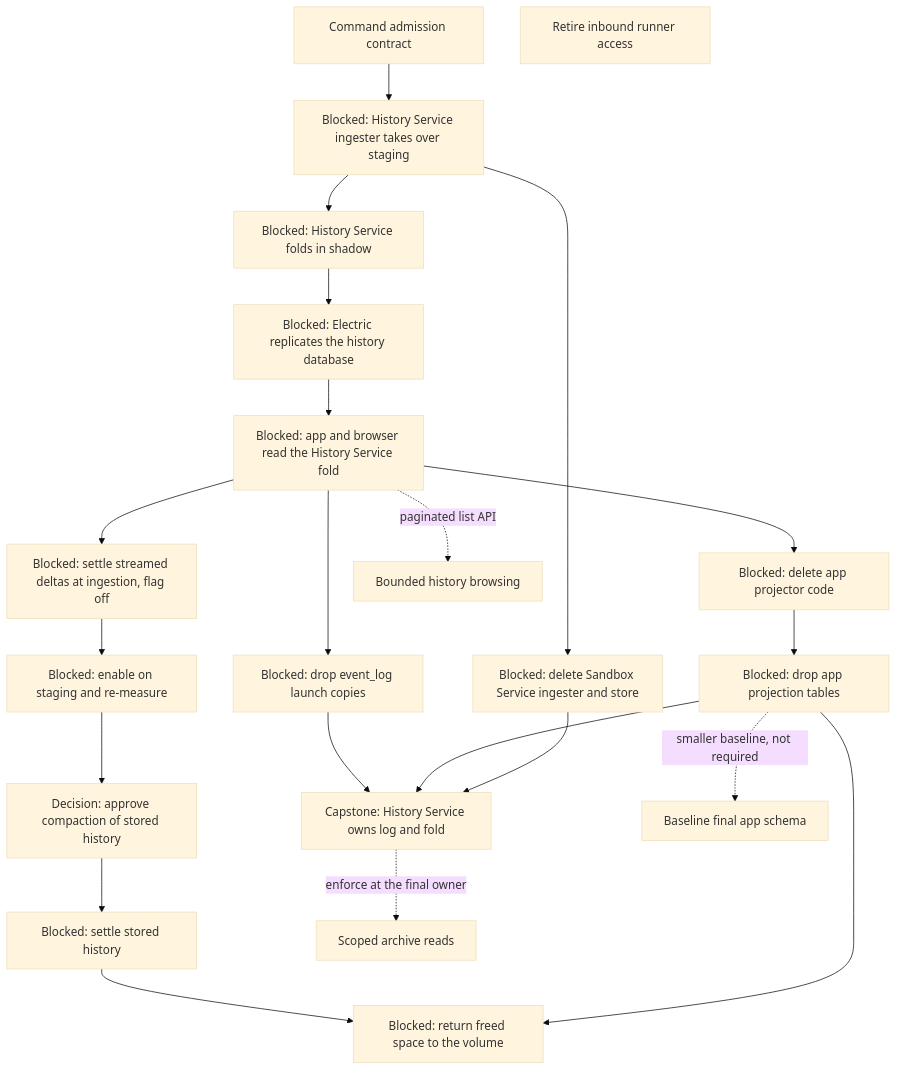
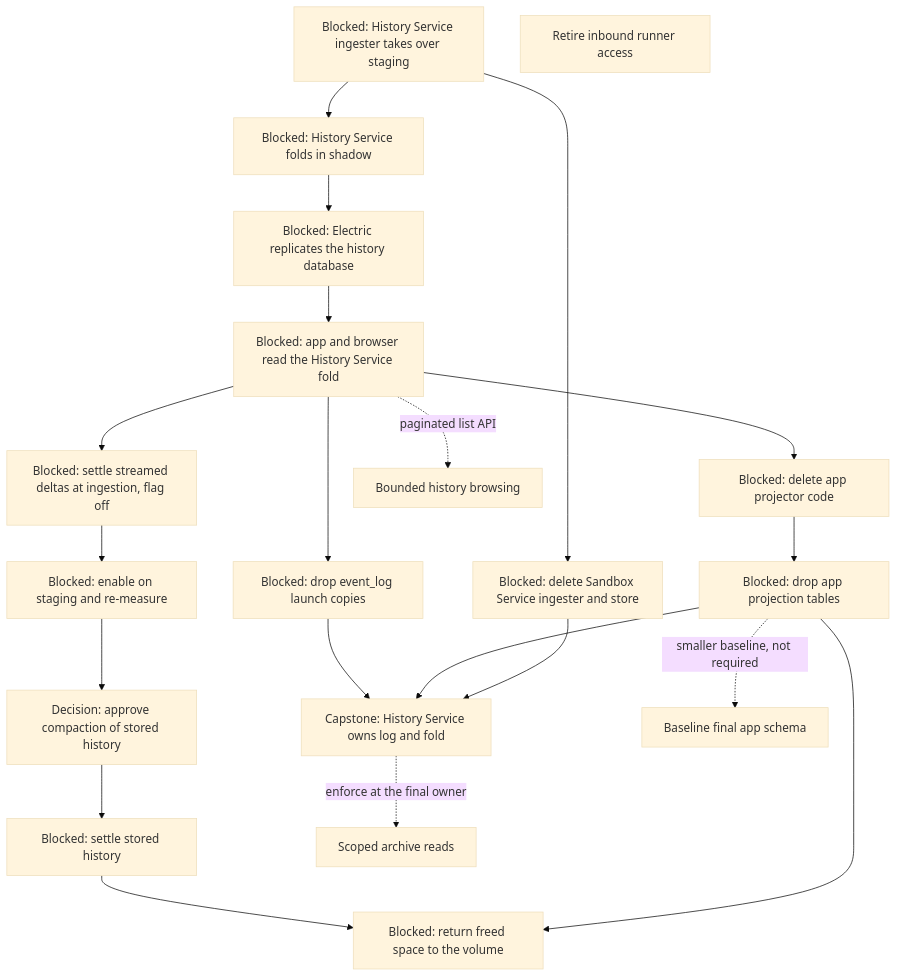
The eighth of 11 diagrams in agentplane/plans/task_dag.md (agentydragon-agent/ducktape), drawn with Mermaid (base theme) before and after one commit. The commit also changed other lines of this file and 15 other files, not shown here.

````diff
--- a/agentplane/plans/task_dag.md
+++ b/agentplane/plans/task_dag.md
@@ -665,42 +653,40 @@
 ```mermaid
 flowchart TD
-    SESSION_COMMAND_CONTRACT[Command admission contract]
     HISTORY_WRITE_HANDOFF[Blocked: History Service ingester takes over staging]
     SANDBOX_LOCAL_HISTORY_RETIRE[Blocked: delete Sandbox Service ingester and store]
     FOLD_SHADOW[Blocked: History Service folds in shadow]
     ELECTRIC_HISTORY_SOURCE[Blocked: Electric replicates the history database]
     FOLD_READ_CUTOVER[Blocked: app and browser read the History Service fold]
     APP_PROJECTOR_RETIRE[Blocked: delete app projector code]
     APP_PROJECTION_RETIRE[Blocked: drop app projection tables]
     APP_EVENT_LOG_COPIES_RETIRE[Blocked: drop event_log launch copies]
     HISTORY_SERVICE_OWNERSHIP[Capstone: History Service owns log and fold]
     SESSION_EVENT_RETENTION[Blocked: settle streamed deltas at ingestion, flag off]
     SESSION_EVENT_RETENTION_ENABLE[Blocked: enable on staging and re-measure]
     SESSION_EVENT_COMPACTION_PLAN[Decision: approve compaction of stored history]
     SESSION_EVENT_COMPACTION[Blocked: settle stored history]
     HISTORY_REPACK[Blocked: return freed space to the volume]
     APP_ALEMBIC_SQUASH[Baseline final app schema]
     THREAD_BROWSE_PAGINATE[Bounded history browsing]
     THREAD_READ_POLICY[Scoped archive reads]
     RUNNER_INBOUND_RETIRE[Retire inbound runner access]
-    SESSION_COMMAND_CONTRACT --> HISTORY_WRITE_HANDOFF
     HISTORY_WRITE_HANDOFF --> SANDBOX_LOCAL_HISTORY_RETIRE
     HISTORY_WRITE_HANDOFF --> FOLD_SHADOW
     FOLD_SHADOW --> ELECTRIC_HISTORY_SOURCE
     FOLD_READ_CUTOVER -. paginated list API .-> THREAD_BROWSE_PAGINATE
     ELECTRIC_HISTORY_SOURCE --> FOLD_READ_CUTOVER
     FOLD_READ_CUTOVER --> APP_PROJECTOR_RETIRE
     APP_PROJECTOR_RETIRE --> APP_PROJECTION_RETIRE
     FOLD_READ_CUTOVER --> APP_EVENT_LOG_COPIES_RETIRE
     APP_EVENT_LOG_COPIES_RETIRE --> HISTORY_SERVICE_OWNERSHIP
     APP_PROJECTION_RETIRE --> HISTORY_SERVICE_OWNERSHIP
     SANDBOX_LOCAL_HISTORY_RETIRE --> HISTORY_SERVICE_OWNERSHIP
     FOLD_READ_CUTOVER --> SESSION_EVENT_RETENTION
     SESSION_EVENT_RETENTION --> SESSION_EVENT_RETENTION_ENABLE
     SESSION_EVENT_RETENTION_ENABLE --> SESSION_EVENT_COMPACTION_PLAN
     SESSION_EVENT_COMPACTION_PLAN --> SESSION_EVENT_COMPACTION
     SESSION_EVENT_COMPACTION --> HISTORY_REPACK
     APP_PROJECTION_RETIRE --> HISTORY_REPACK
     APP_PROJECTION_RETIRE -. smaller baseline, not required .-> APP_ALEMBIC_SQUASH
     HISTORY_SERVICE_OWNERSHIP -. enforce at the final owner .-> THREAD_READ_POLICY
 ```
````
